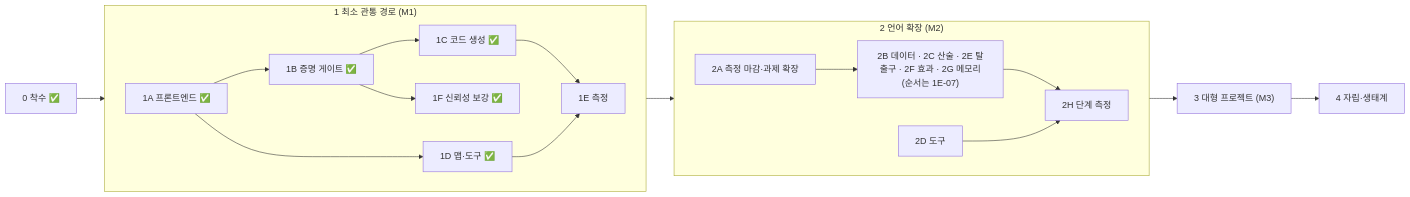
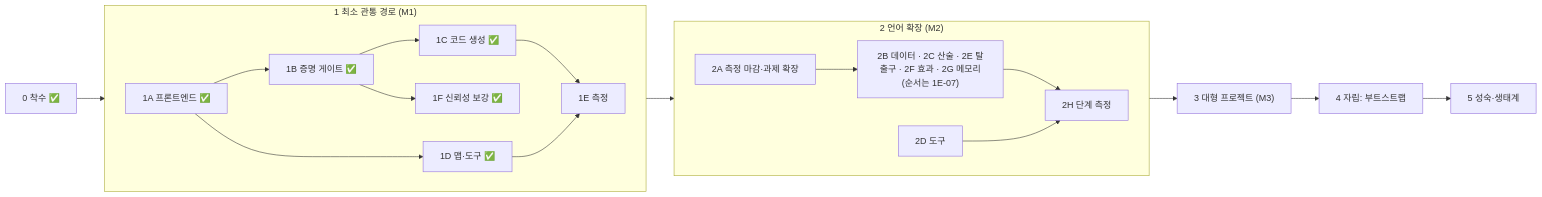
The diagram in docs/ROADMAP.md (lang-bmb/lang-bmb), drawn with Mermaid before and after one commit. The commit also changed other lines of this file and 4 other files, not shown here.

Commit message:
ADR-0037: self-hosting bootstrap required (stage2=stage3 fixpoint, stage0 freeze); roadmap stages 4-5 and backlog tasks

````diff
--- a/docs/ROADMAP.md
+++ b/docs/ROADMAP.md
@@ -15,19 +15,19 @@
 ```mermaid
 flowchart LR
     P0["0 착수 ✅"] --> P1
     subgraph P1["1 최소 관통 경로 (M1)"]
         direction LR
         A["1A 프론트엔드 ✅"] --> B["1B 증명 게이트 ✅"] --> C["1C 코드 생성 ✅"]
         A --> D["1D 맵·도구 ✅"]
         B --> F["1F 신뢰성 보강 ✅"]
         C --> E["1E 측정"]
         D --> E
     end
     P1 --> G2
     subgraph P2["2 언어 확장 (M2)"]
         direction LR
         G2["2A 측정 마감·과제 확장"] --> L["2B 데이터 · 2C 산술 · 2E 탈출구 · 2F 효과 · 2G 메모리<br/>(순서는 1E-07)"] --> M2["2H 단계 측정"]
         T2["2D 도구"] --> M2
     end
-    P2 --> P3["3 대형 프로젝트 (M3)"] --> P4["4 자립·생태계"]
+    P2 --> P3["3 대형 프로젝트 (M3)"] --> P4["4 자립: 부트스트랩"] --> P5["5 성숙·생태계"]
 ```
````
